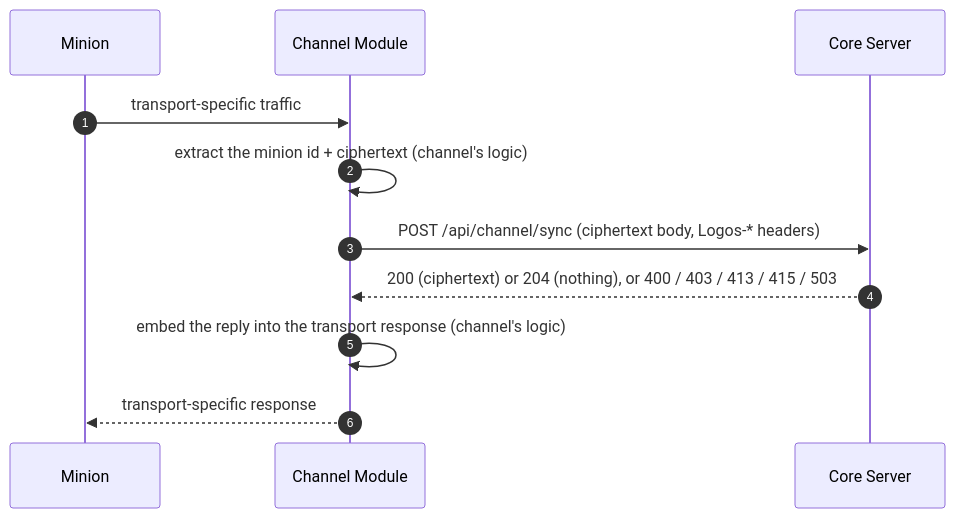
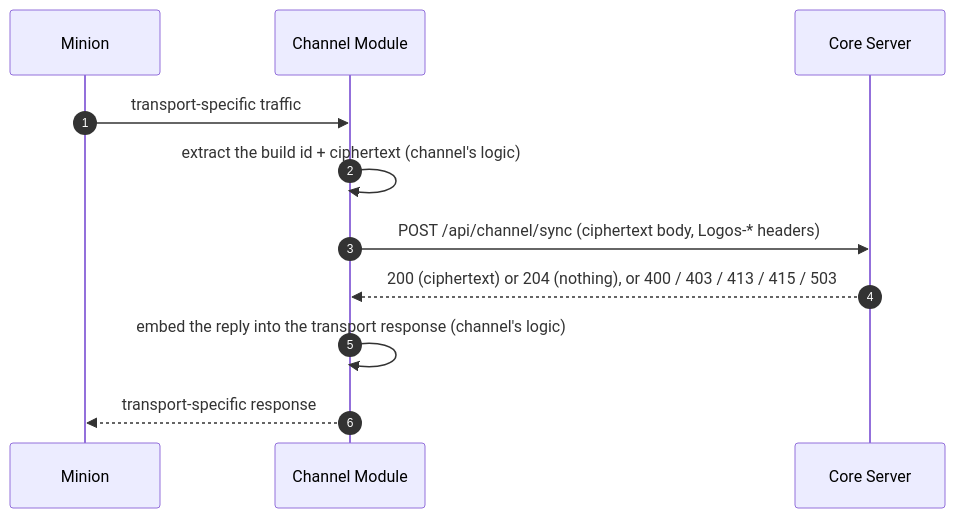
One commit to LogosCore/logos-docs changed the diagram in src/content/docs/message-flow.md. Above: the diagram before and after it, drawn with Mermaid. The commit also changed other lines of this file and 10 other files, not shown here.

First line of the commit message:
Rename minion id to build id: build_id, Logos-Build-Id

````diff
--- a/src/content/docs/message-flow.md
+++ b/src/content/docs/message-flow.md
@@ -22,14 +22,14 @@
 ```mermaid
 sequenceDiagram
     autonumber
     participant I as Minion
     participant CH as Channel Module
     participant CS as Core Server
 
     I->>CH: transport-specific traffic
-    CH->>CH: extract the minion id + ciphertext (channel's logic)
+    CH->>CH: extract the build id + ciphertext (channel's logic)
     CH->>CS: POST /api/channel/sync (ciphertext body, Logos-* headers)
     CS-->>CH: 200 (ciphertext) or 204 (nothing), or 400 / 403 / 413 / 415 / 503
     CH->>CH: embed the reply into the transport response (channel's logic)
     CH-->>I: transport-specific response
 ```
````
